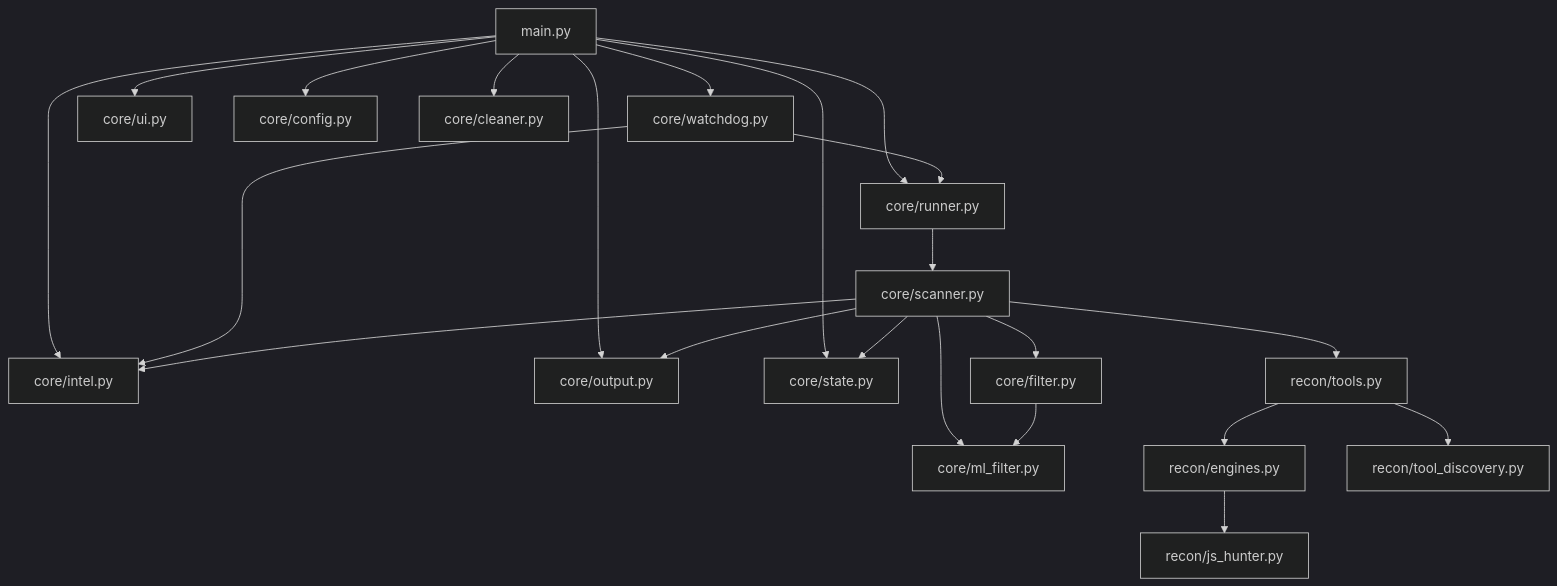
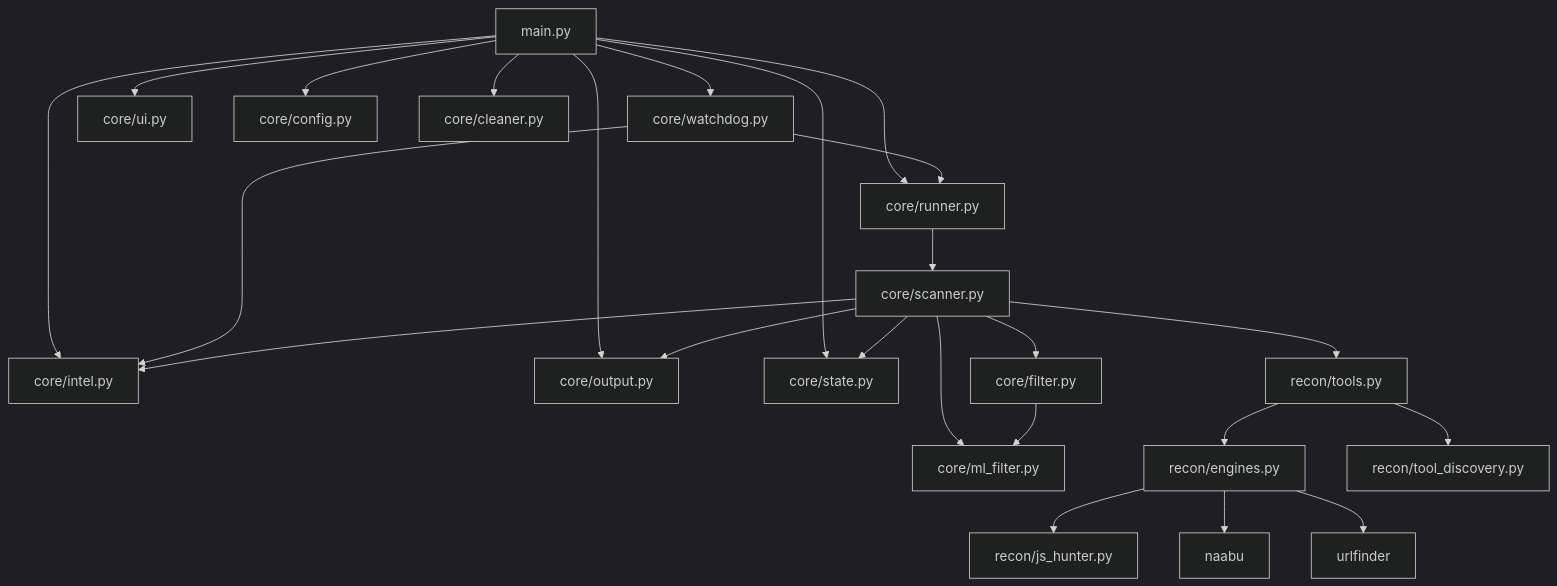
The first of 3 diagrams in docs/architecture_diagram.md (lfsp-git/bug-bounty), drawn with Mermaid (dark theme) before and after one commit. The commit also changed other lines of this file and 6 other files, not shown here.

````diff
--- a/docs/architecture_diagram.md
+++ b/docs/architecture_diagram.md
@@ -5,28 +5,30 @@
 ```mermaid
 graph TD
     CLI[main.py] --> RUN[core/runner.py]
     CLI --> INTEL[core/intel.py]
     CLI --> OUT[core/output.py]
     CLI --> ST[core/state.py]
     CLI --> WD[core/watchdog.py]
     CLI --> UI[core/ui.py]
     CLI --> CFG[core/config.py]
     CLI --> CLN[core/cleaner.py]
 
     RUN --> SCN[core/scanner.py]
     WD --> RUN
     WD --> INTEL
 
     SCN --> TOOLS[recon/tools.py]
     SCN --> FIL[core/filter.py]
     SCN --> ML[core/ml_filter.py]
     SCN --> OUT
     SCN --> ST
     SCN --> INTEL
 
     TOOLS --> ENG[recon/engines.py]
     TOOLS --> TD[recon/tool_discovery.py]
     ENG --> JSH[recon/js_hunter.py]
+    ENG --> NBU[naabu]
+    ENG --> UF[urlfinder]
 
     FIL --> ML
 ```
````
